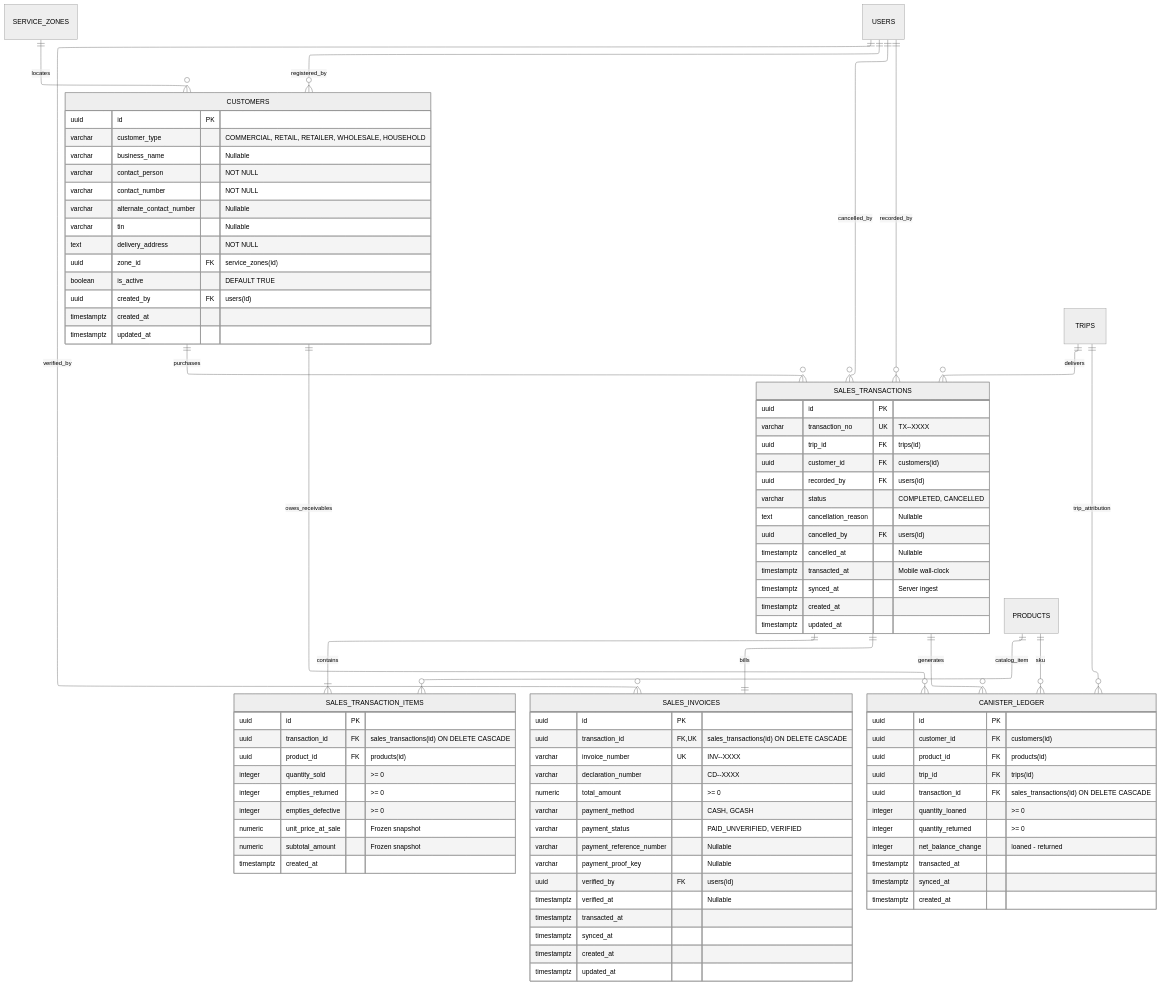
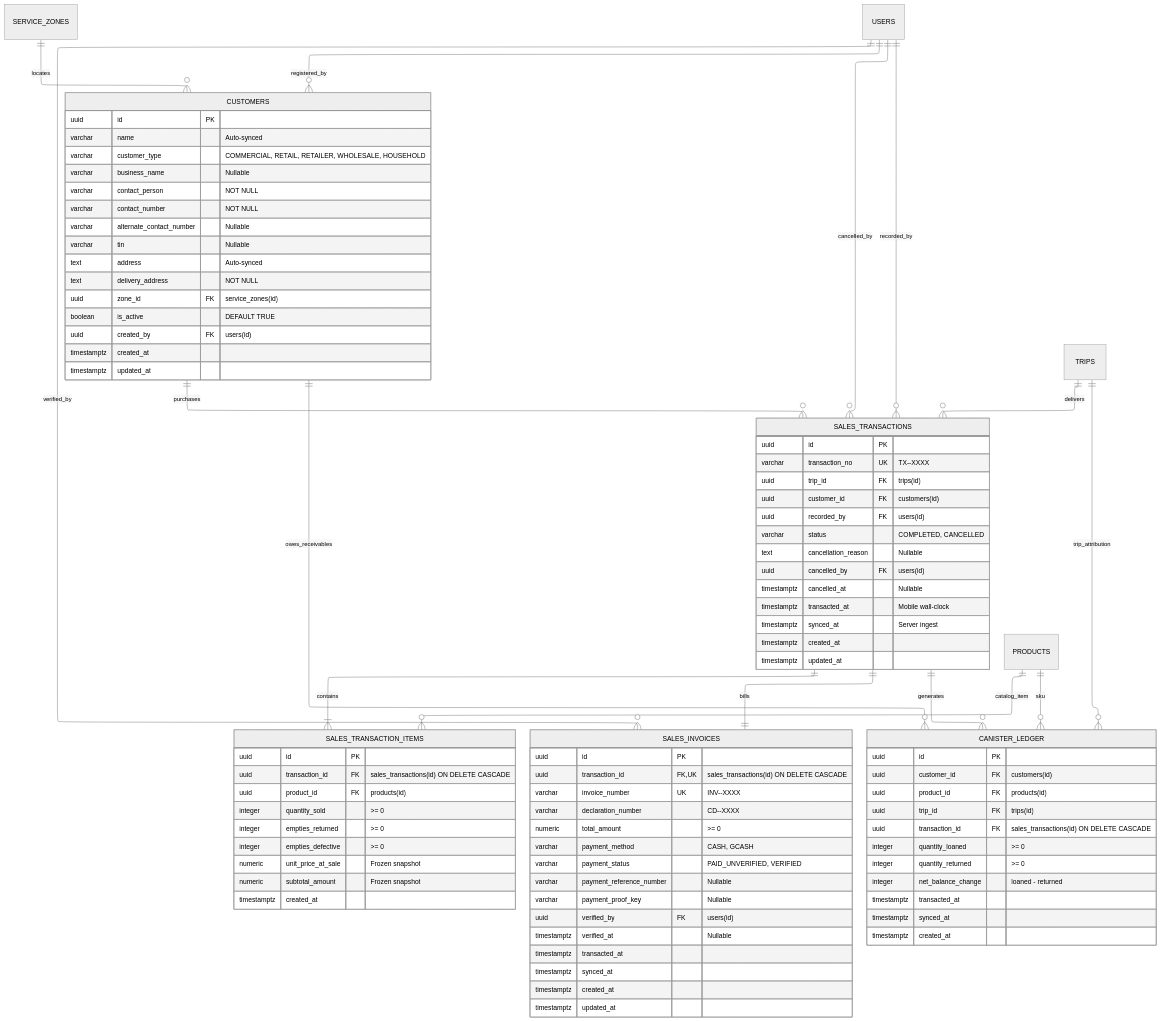
One commit to madayawgas/madayawgas-backend changed the diagram in docs/ERD_mermaid/sales_and_delivery_erd.md. Above: the diagram before and after it, drawn with Mermaid. The commit also changed 35 other files, not shown here.

```diff
--- a/docs/ERD_mermaid/sales_and_delivery_erd.md
+++ b/docs/ERD_mermaid/sales_and_delivery_erd.md
@@ -45,12 +45,14 @@
 
     CUSTOMERS {
         uuid id PK
+        varchar name "Auto-synced"
         varchar customer_type "COMMERCIAL, RETAIL, RETAILER, WHOLESALE, HOUSEHOLD"
         varchar business_name "Nullable"
         varchar contact_person "NOT NULL"
         varchar contact_number "NOT NULL"
         varchar alternate_contact_number "Nullable"
         varchar tin "Nullable"
+        text address "Auto-synced"
         text delivery_address "NOT NULL"
         uuid zone_id FK "service_zones(id)"
         boolean is_active "DEFAULT TRUE"
```
